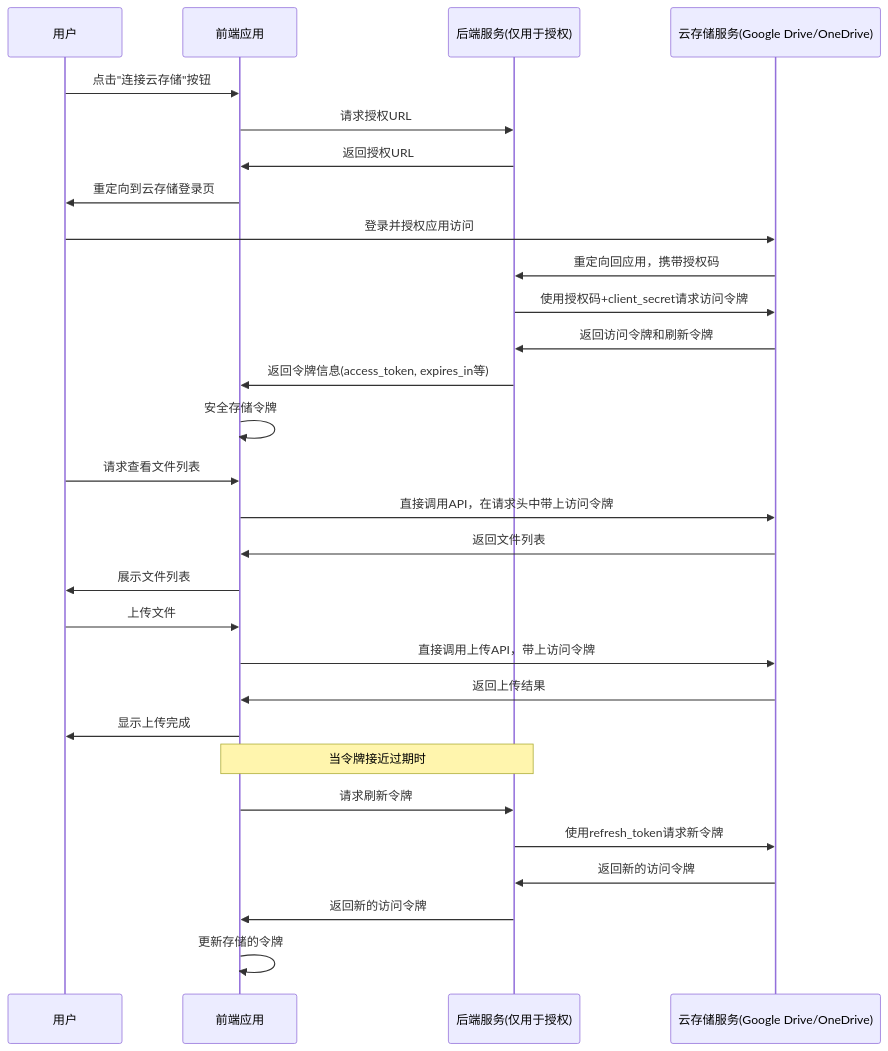
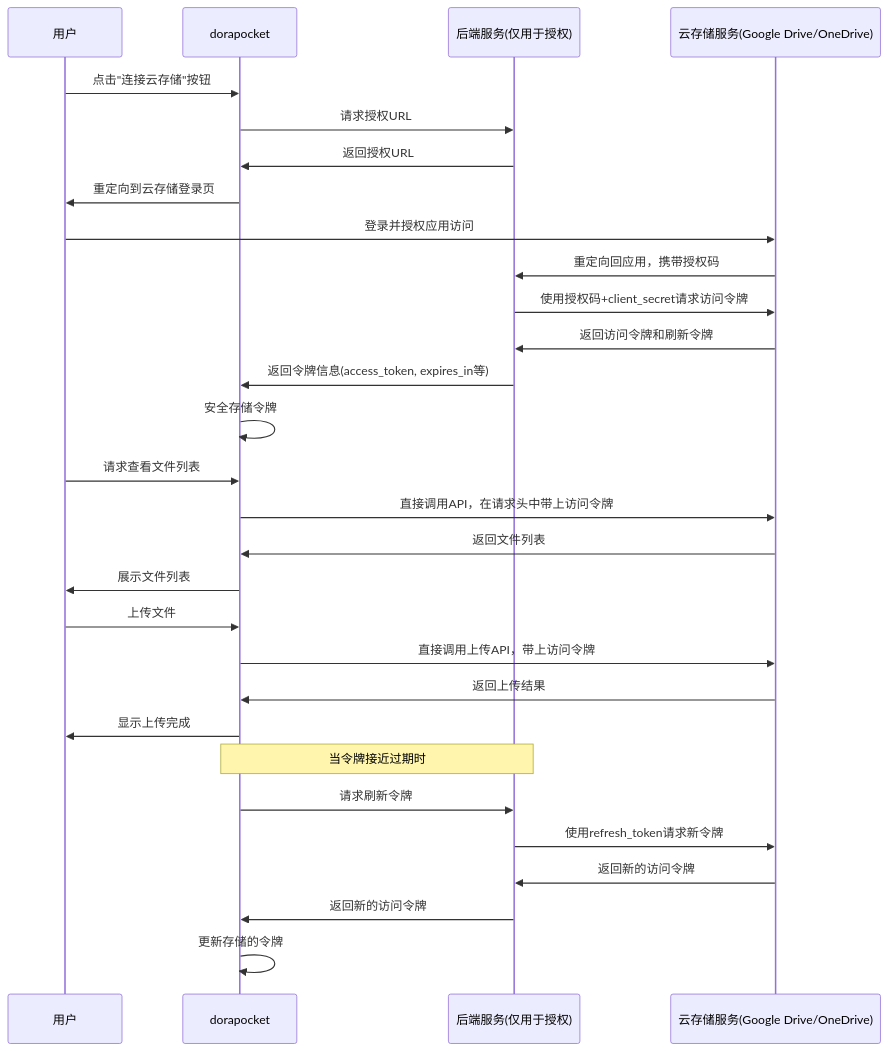
One commit to yingjianzh/iodraw-files changed the diagram in all/未命名-40.md. Above: the diagram before and after it, drawn with Mermaid.

Commit message:
2025-04-23 16:08:17 update

````diff
--- a/all/未命名-40.md
+++ b/all/未命名-40.md
@@ -1,42 +1,42 @@
 ```mermaid
 
 sequenceDiagram
     participant 用户
-    participant 前端 as 前端应用
+    participant 前端 as dorapocket
     participant 后端 as 后端服务(仅用于授权)
     participant 云存储 as 云存储服务(Google Drive/OneDrive)
 
 
     %% 授权阶段 - 需要后端配合
     用户->>前端: 点击"连接云存储"按钮
     前端->>后端: 请求授权URL
     后端->>前端: 返回授权URL
     前端->>用户: 重定向到云存储登录页
     用户->>云存储: 登录并授权应用访问
     云存储->>后端: 重定向回应用，携带授权码
     后端->>云存储: 使用授权码+client_secret请求访问令牌
     云存储->>后端: 返回访问令牌和刷新令牌
     后端->>前端: 返回令牌信息(access_token, expires_in等)
     前端->>前端: 安全存储令牌
 
     %% 使用阶段 - 前端直接调用云存储API
     用户->>前端: 请求查看文件列表
     前端->>云存储: 直接调用API，在请求头中带上访问令牌
     云存储->>前端: 返回文件列表
     前端->>用户: 展示文件列表
 
     %% 上传文件
     用户->>前端: 上传文件
     前端->>云存储: 直接调用上传API，带上访问令牌
     云存储->>前端: 返回上传结果
     前端->>用户: 显示上传完成
 
     %% 令牌刷新 - 仍需后端配合
     note over 前端,后端: 当令牌接近过期时
     前端->>后端: 请求刷新令牌
     后端->>云存储: 使用refresh_token请求新令牌
     云存储->>后端: 返回新的访问令牌
     后端->>前端: 返回新的访问令牌
     前端->>前端: 更新存储的令牌
 
 ```
````
